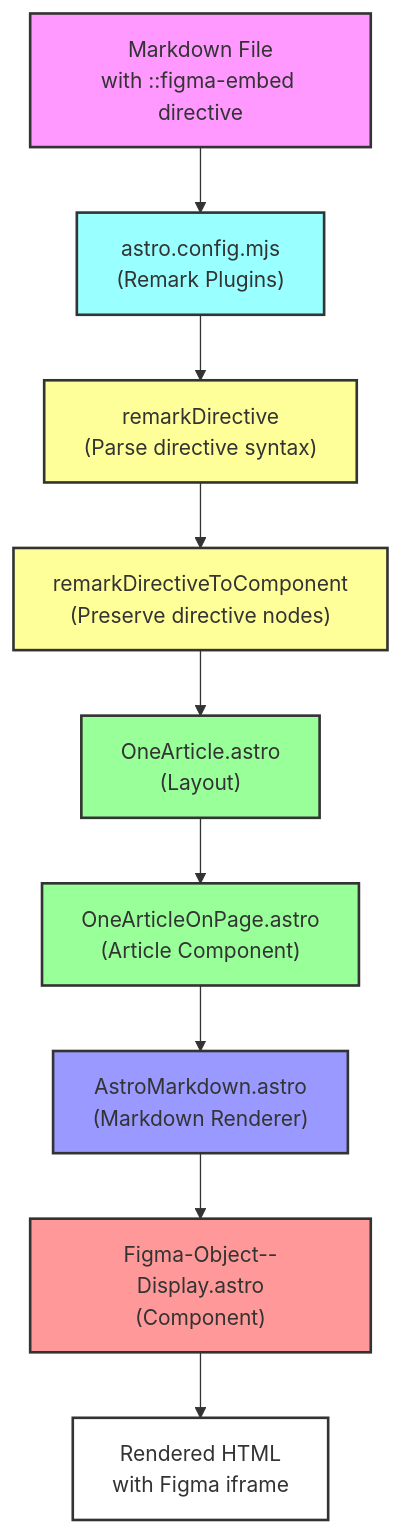
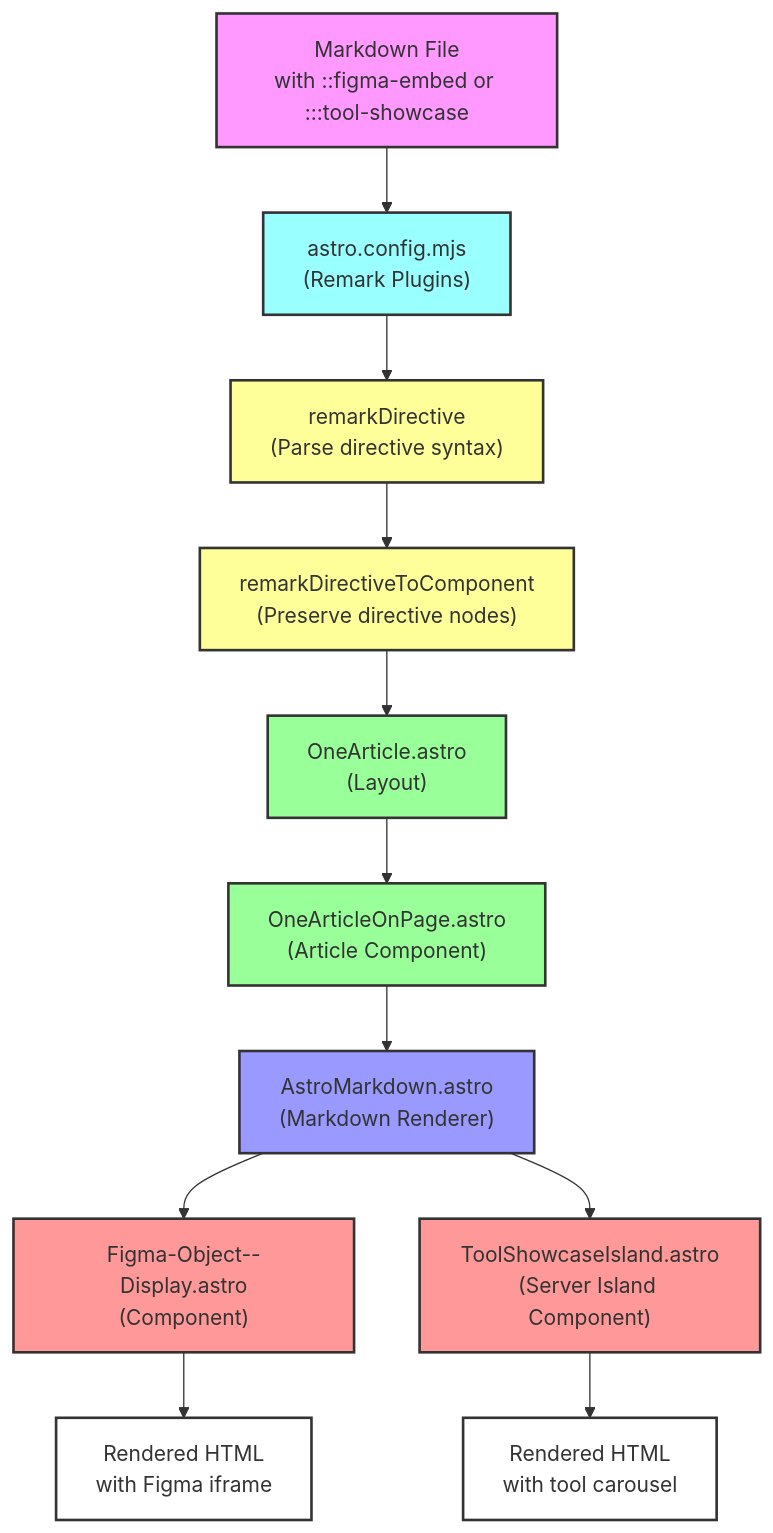
Before and after one commit to lossless-group/lossless-content: the first of 2 diagrams in lost-in-public/blueprints/Maintain-Directives-in-Extended-Markdown-Render-Pipeline.md, drawn with Mermaid. The commit also changed other lines of this file and 1 other file, not shown here.

````diff
--- a/lost-in-public/blueprints/Maintain-Directives-in-Extended-Markdown-Render-Pipeline.md
+++ b/lost-in-public/blueprints/Maintain-Directives-in-Extended-Markdown-Render-Pipeline.md
@@ -27,21 +27,25 @@
 ```mermaid
 graph TB
-    MD["Markdown File<br/>with ::figma-embed directive"] --> AC["astro.config.mjs<br/>(Remark Plugins)"]
+    MD["Markdown File<br/>with ::figma-embed or :::tool-showcase"] --> AC["astro.config.mjs<br/>(Remark Plugins)"]
     AC --> RP1["remarkDirective<br/>(Parse directive syntax)"]
     RP1 --> RP2["remarkDirectiveToComponent<br/>(Preserve directive nodes)"]
     RP2 --> OA["OneArticle.astro<br/>(Layout)"]
     OA --> OAOP["OneArticleOnPage.astro<br/>(Article Component)"]
     OAOP --> AM["AstroMarkdown.astro<br/>(Markdown Renderer)"]
     AM --> FO["Figma-Object--Display.astro<br/>(Component)"]
-    FO --> HTML["Rendered HTML<br/>with Figma iframe"]
+    AM --> TS["ToolShowcaseIsland.astro<br/>(Server Island Component)"]
+    FO --> HTML1["Rendered HTML<br/>with Figma iframe"]
+    TS --> HTML2["Rendered HTML<br/>with tool carousel"]
     
     style MD fill:#f9f,stroke:#333,stroke-width:2px
     style AC fill:#9ff,stroke:#333,stroke-width:2px
     style RP1 fill:#ff9,stroke:#333,stroke-width:2px
     style RP2 fill:#ff9,stroke:#333,stroke-width:2px
     style OA fill:#9f9,stroke:#333,stroke-width:2px
     style OAOP fill:#9f9,stroke:#333,stroke-width:2px
     style AM fill:#99f,stroke:#333,stroke-width:2px
     style FO fill:#f99,stroke:#333,stroke-width:2px
-    style HTML fill:#fff,stroke:#333,stroke-width:2px
+    style TS fill:#f99,stroke:#333,stroke-width:2px
+    style HTML1 fill:#fff,stroke:#333,stroke-width:2px
+    style HTML2 fill:#fff,stroke:#333,stroke-width:2px
 ```
````
